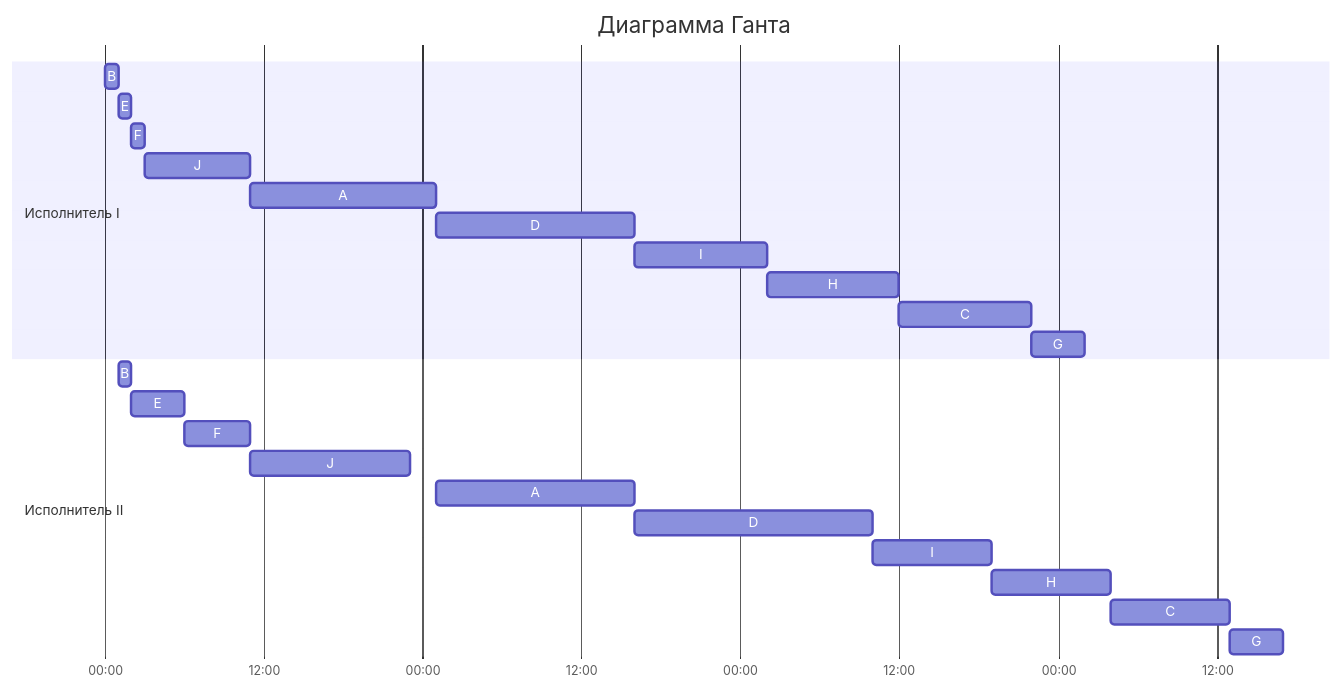
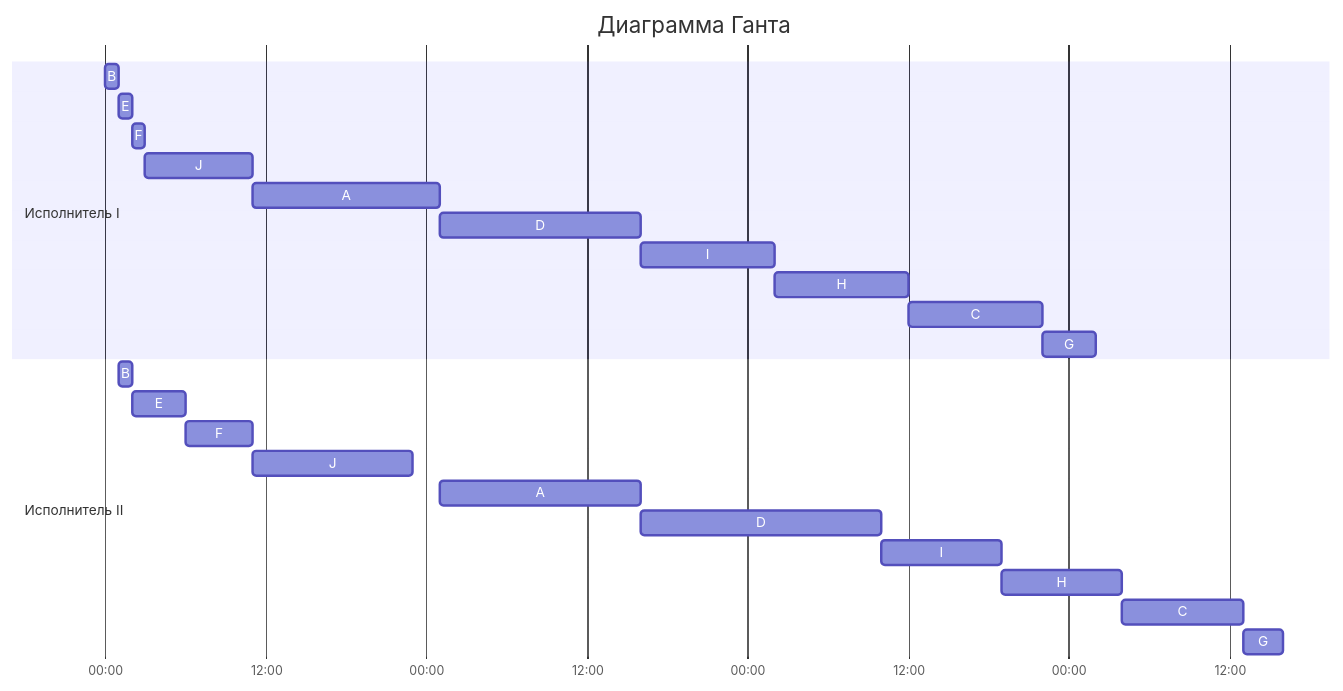
One commit to hse-algo-24-crow/manual-tasks-crow changed the diagram in task-5/goidaz.md. Above: the diagram before and after it, drawn with Mermaid. The commit also changed other lines of this file, not shown here.

Commit message:
Исправили ошибку

````diff
--- a/task-5/goidaz.md
+++ b/task-5/goidaz.md
@@ -70,30 +70,28 @@
 ```mermaid
 gantt
     title Диаграмма Ганта
     dateFormat  HH:mm
     axisFormat  %H:%M
-
     section Исполнитель I
     B : b1, 00:00, 1h
     E : e1, after b1, 1h
     F : f1, after e1, 1h
     J : j1, after f1, 8h
     A : a1, after j1, 14h
     D : d1, after a1, 15h
     I : i1, after d1, 10h
     H : h1, after i1, 10h
     C : c1, after h1, 10h
     G : g1, after c1, 4h
-
     section Исполнитель II
     B : b2, 01:00, 1h
     E : e2, after b2 e1, 4h
     F : f2, after e2, 5h
     J : j2, after f2 j1, 12h
     A : a2, after a1, 15h
     D : d2, after a2 , 18h
     I : i2, after d2, 9h
     H : h2, after i2, 9h
     C : c2, after h2, 9h
-    G : g2, after c2, 4h
+    G : g2, after c2, 3h
 ```
````
